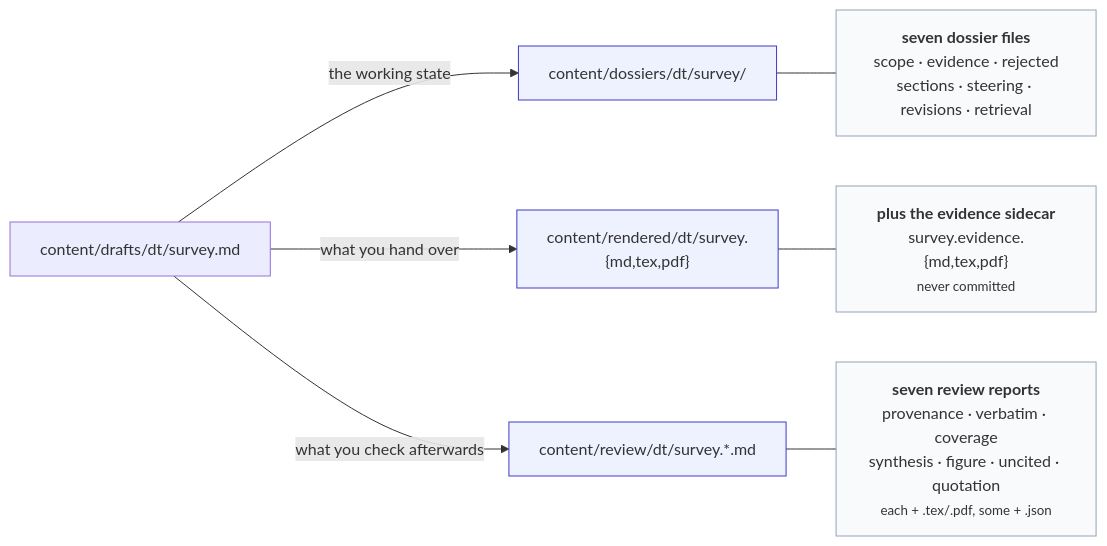
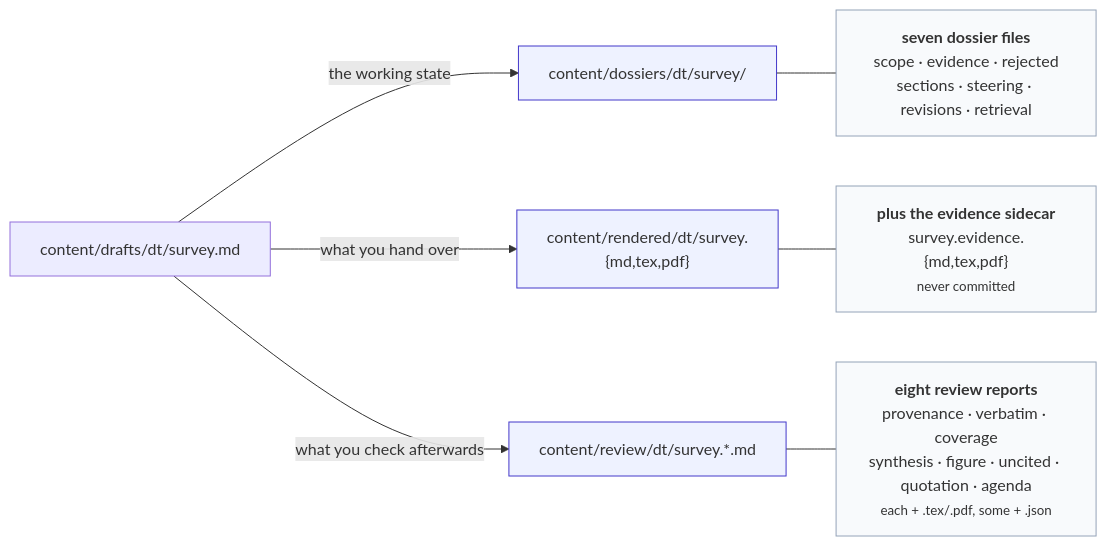
The third of 3 diagrams in docs/FEATURES.md (prasadtalasila/chitragupta), drawn with Mermaid before and after one commit. The commit also changed other lines of this file and 32 other files, not shown here.

Commit message:
Merge the six review aids' reports, style_check's prose findings and the dossier's drift report into one ranked worklist: the agenda aid (#381)

````diff
--- a/docs/FEATURES.md
+++ b/docs/FEATURES.md
@@ -189,22 +189,22 @@
 ```mermaid
 flowchart LR
   DR["content/drafts/dt/survey.md"]
   DO["content/dossiers/dt/survey/"]
   RE["content/rendered/dt/survey.{md,tex,pdf}"]
   RV["content/review/dt/survey.*.md"]
 
   DR -->|"the working state"| DO
   DR -->|"what you hand over"| RE
   DR -->|"what you check afterwards"| RV
 
   DO --- N["<b>seven dossier files</b><br/>scope · evidence · rejected<br/>sections · steering · revisions · retrieval"]
   RE --- M["<b>plus the evidence sidecar</b><br/>survey.evidence.{md,tex,pdf}<br/><small>never committed</small>"]
-  RV --- P["<b>seven review reports</b><br/>provenance · verbatim · coverage<br/>synthesis · figure · uncited · quotation<br/><small>each + .tex/.pdf, some + .json</small>"]
+  RV --- P["<b>eight review reports</b><br/>provenance · verbatim · coverage<br/>synthesis · figure · uncited · quotation · agenda<br/><small>each + .tex/.pdf, some + .json</small>"]
 
   style DO fill:#eef2ff,stroke:#4338ca
   style RE fill:#eef2ff,stroke:#4338ca
   style RV fill:#eef2ff,stroke:#4338ca
   style N fill:#f8fafc,stroke:#94a3b8
   style M fill:#f8fafc,stroke:#94a3b8
   style P fill:#f8fafc,stroke:#94a3b8
 ```
````
